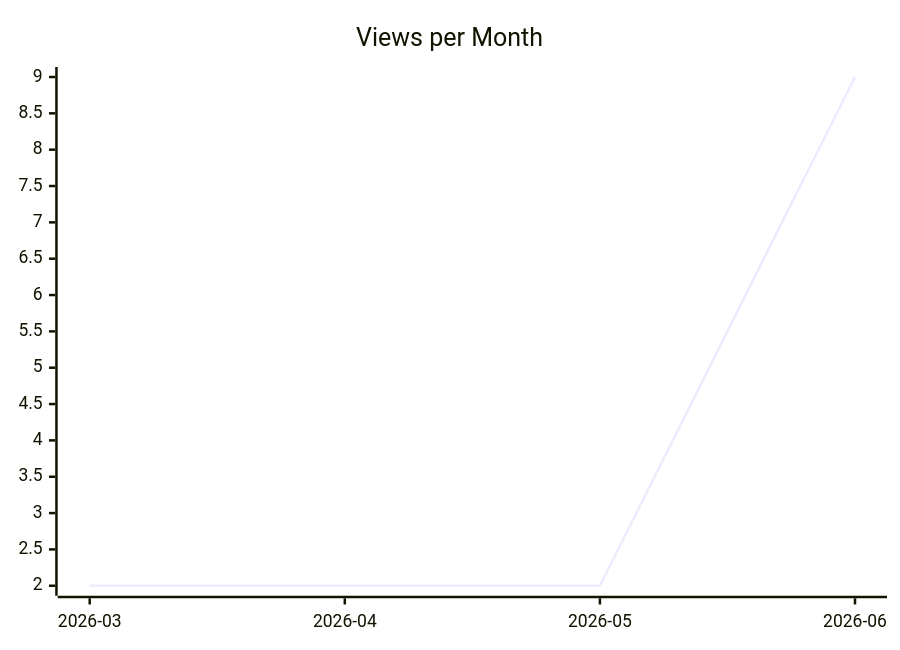
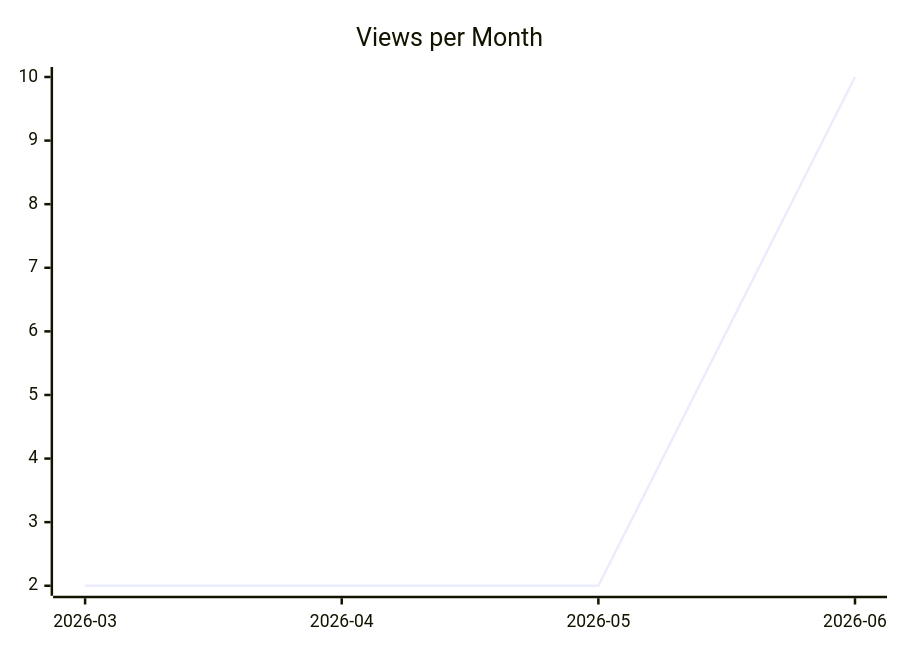
Before and after one commit to justdavis-family/github-analytics-data: the second of 3 diagrams in karlmdavis/ansible-role-jenkins2/README.md, drawn with Mermaid. The commit also changed other lines of this file and 198 other files, not shown here.

````diff
--- a/karlmdavis/ansible-role-jenkins2/README.md
+++ b/karlmdavis/ansible-role-jenkins2/README.md
@@ -12,6 +12,6 @@
 ```mermaid
 xychart-beta
   title "Views per Month"
   x-axis ["2026-03", "2026-04", "2026-05", "2026-06"]
-  line [2, 2, 2, 9]
+  line [2, 2, 2, 10]
 ```
````
